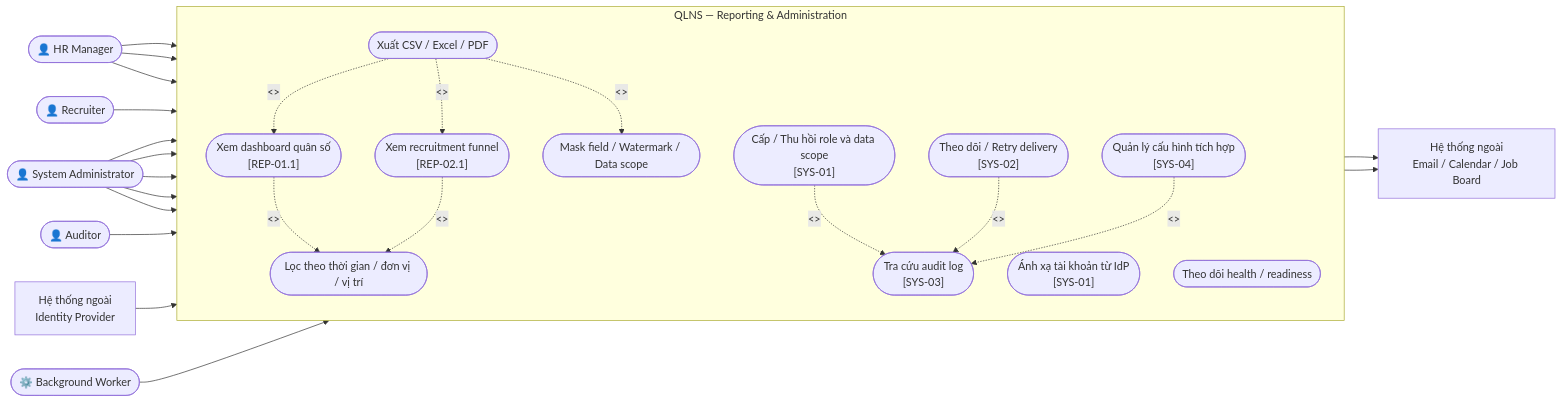
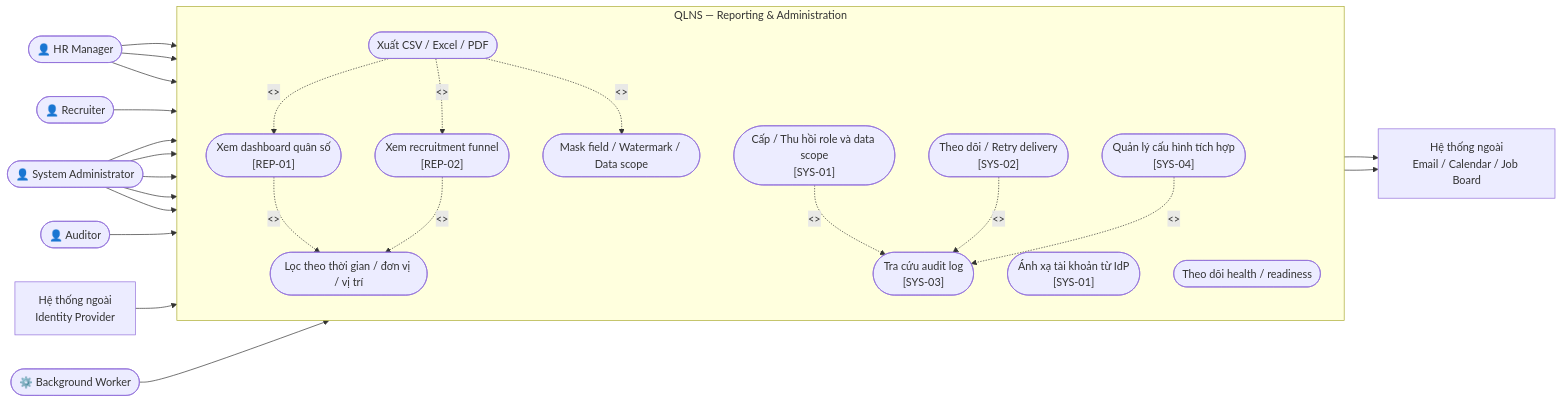
One commit to nvdat16/QLNS changed the fifth of 5 diagrams in docs/use_cases.md. Above: the diagram before and after it, drawn with Mermaid. The commit also changed other lines of this file and 20 other files, not shown here.

````diff
--- a/docs/use_cases.md
+++ b/docs/use_cases.md
@@ -393,49 +280,49 @@
 ```mermaid
 flowchart LR
     HRManager(["👤 HR Manager"])
     Recruiter(["👤 Recruiter"])
     Admin(["👤 System Administrator"])
     Auditor(["👤 Auditor"])
     Worker(["⚙️ Background Worker"])
     IdP["Hệ thống ngoài<br/>Identity Provider"]
     Provider["Hệ thống ngoài<br/>Email / Calendar / Job Board"]
 
     subgraph QLNS_SHARED["QLNS — Reporting & Administration"]
         direction TB
-        UC_HEADCOUNT(["Xem dashboard quân số<br/>[REP-01.1]"])
-        UC_FUNNEL(["Xem recruitment funnel<br/>[REP-02.1]"])
+        UC_HEADCOUNT(["Xem dashboard quân số<br/>[REP-01]"])
+        UC_FUNNEL(["Xem recruitment funnel<br/>[REP-02]"])
         UC_FILTER(["Lọc theo thời gian / đơn vị / vị trí"])
         UC_EXPORT(["Xuất CSV / Excel / PDF"])
         UC_PROTECT(["Mask field / Watermark / Data scope"])
         UC_ACCOUNT(["Ánh xạ tài khoản từ IdP<br/>[SYS-01]"])
         UC_ROLE(["Cấp / Thu hồi role và data scope<br/>[SYS-01]"])
         UC_AUDIT(["Tra cứu audit log<br/>[SYS-03]"])
         UC_DELIVERY(["Theo dõi / Retry delivery<br/>[SYS-02]"])
         UC_INTEGRATION(["Quản lý cấu hình tích hợp<br/>[SYS-04]"])
         UC_HEALTH(["Theo dõi health / readiness"])
 
         UC_HEADCOUNT -. "<<include>>" .-> UC_FILTER
         UC_FUNNEL -. "<<include>>" .-> UC_FILTER
         UC_EXPORT -. "<<extend>>" .-> UC_HEADCOUNT
         UC_EXPORT -. "<<extend>>" .-> UC_FUNNEL
         UC_EXPORT -. "<<include>>" .-> UC_PROTECT
         UC_ROLE -. "<<include>>" .-> UC_AUDIT
         UC_DELIVERY -. "<<include>>" .-> UC_AUDIT
         UC_INTEGRATION -. "<<include>>" .-> UC_AUDIT
     end
 
     HRManager --> UC_HEADCOUNT
     HRManager --> UC_FUNNEL
     HRManager --> UC_EXPORT
     Recruiter --> UC_FUNNEL
     Admin --> UC_ACCOUNT
     Admin --> UC_ROLE
     Admin --> UC_DELIVERY
     Admin --> UC_INTEGRATION
     Admin --> UC_HEALTH
     Auditor --> UC_AUDIT
     IdP --> UC_ACCOUNT
     Worker --> UC_DELIVERY
     UC_DELIVERY --> Provider
     UC_INTEGRATION --> Provider
 ```
````
